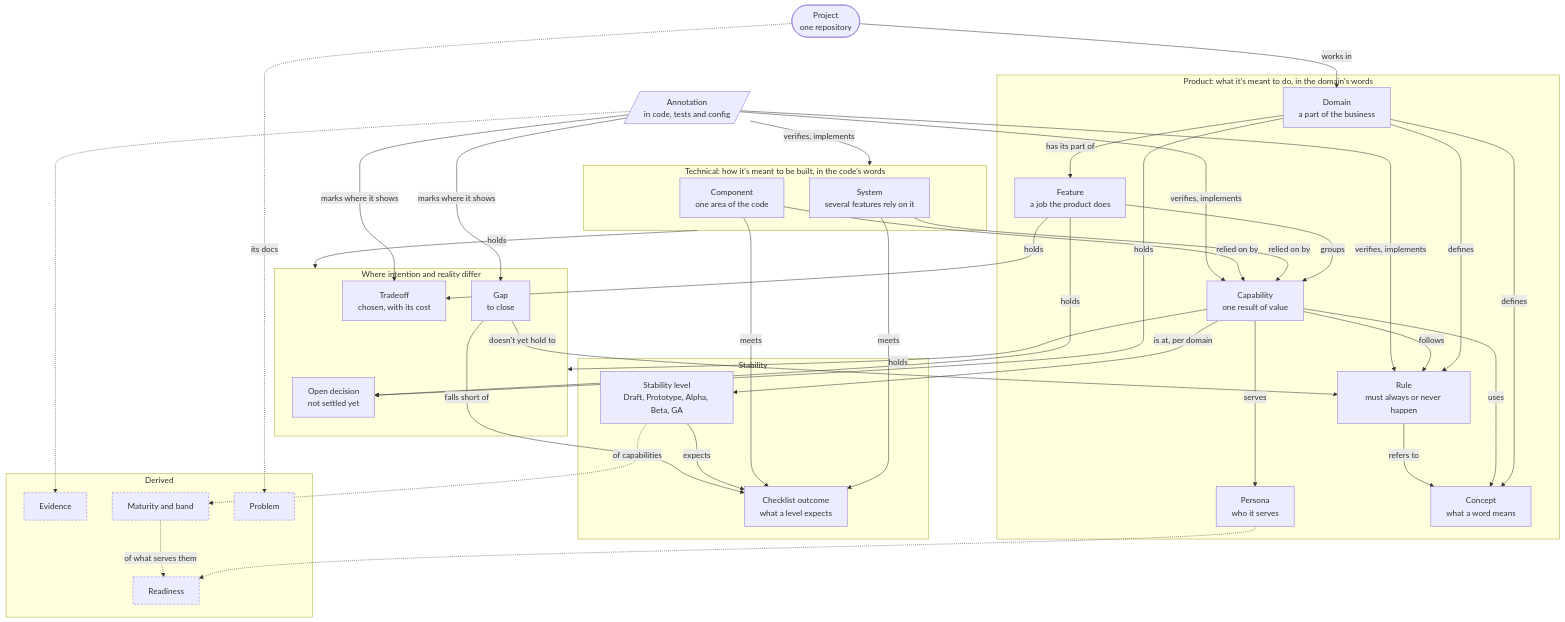
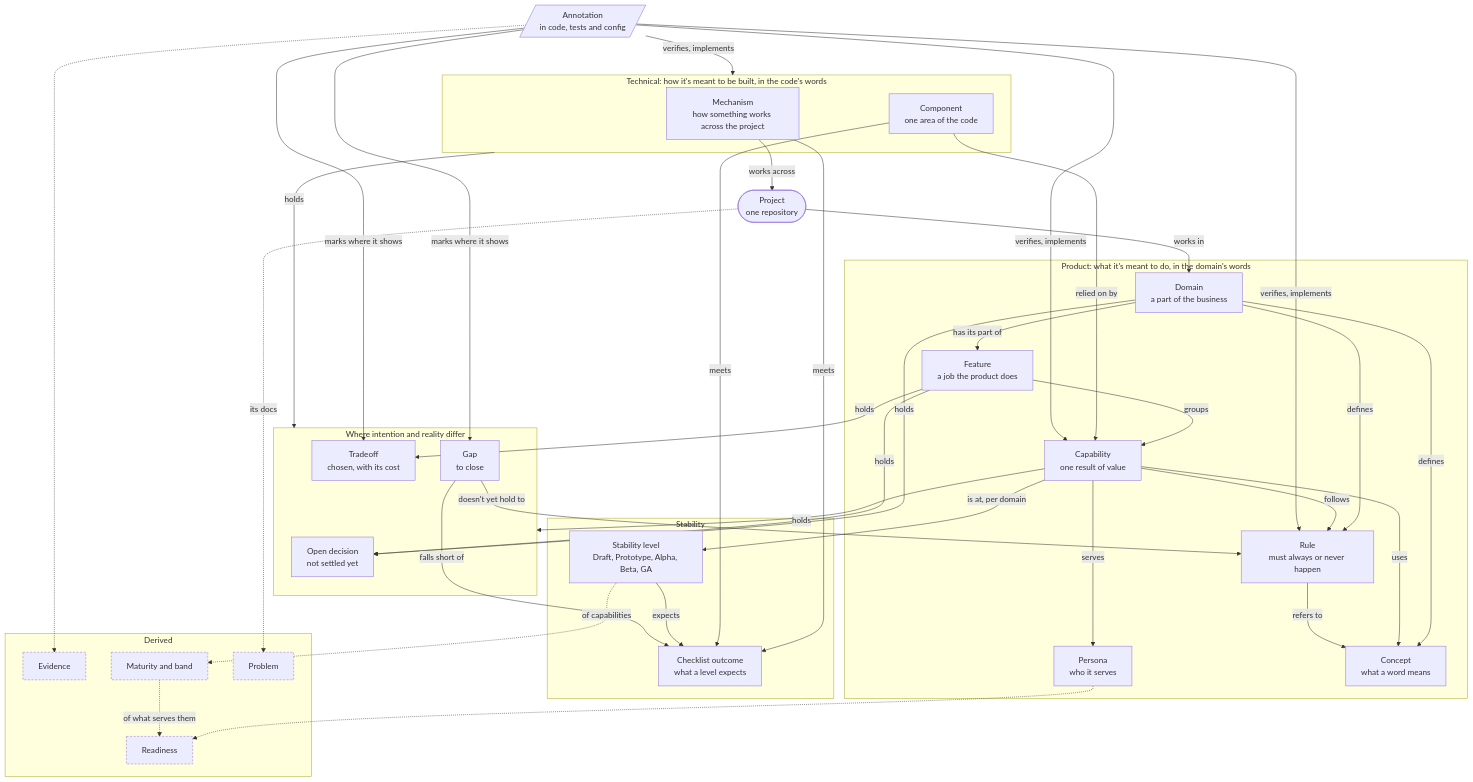
The diagram in docs/domain/overview.md (docqet/docqet), drawn with Mermaid before and after one commit. The commit also changed other lines of this file and 95 other files, not shown here.

````diff
--- a/docs/domain/overview.md
+++ b/docs/domain/overview.md
@@ -62,73 +65,74 @@
 ```mermaid
 flowchart TB
   project(["Project<br/>one repository"])
 
   subgraph product ["Product: what it's meant to do, in the domain's words"]
     domain["Domain<br/>a part of the business"]
     feature["Feature<br/>a job the product does"]
     capability["Capability<br/>one result of value"]
     persona["Persona<br/>who it serves"]
     rule["Rule<br/>must always or never happen"]
     concept["Concept<br/>what a word means"]
   end
 
   subgraph technical ["Technical: how it's meant to be built, in the code's words"]
-    system["System<br/>several features rely on it"]
+    mechanism["Mechanism<br/>how something works across the project"]
     component["Component<br/>one area of the code"]
   end
 
   subgraph differ ["Where intention and reality differ"]
     decision["Open decision<br/>not settled yet"]
     gap["Gap<br/>to close"]
     tradeoff["Tradeoff<br/>chosen, with its cost"]
   end
 
   subgraph stability ["Stability"]
     level["Stability level<br/>Draft, Prototype, Alpha, Beta, GA"]
     outcome["Checklist outcome<br/>what a level expects"]
   end
 
   annotation[/"Annotation<br/>in code, tests and config"/]
 
   subgraph derived ["Derived"]
     evidence["Evidence"]
     maturity["Maturity and band"]
     readiness["Readiness"]
     problem["Problem"]
   end
 
   project -- "works in" --> domain
   domain -- "has its part of" --> feature
   domain -- "defines" --> rule & concept
   feature -- "groups" --> capability
   capability -- "serves" --> persona
   capability -- "follows" --> rule
   capability -- "uses" --> concept
   rule -- "refers to" --> concept
 
-  system & component -- "relied on by" --> capability
-  system & component -- "meets" --> outcome
+  component -- "relied on by" --> capability
+  mechanism -- "works across" --> project
+  mechanism & component -- "meets" --> outcome
 
   capability -- "is at, per domain" --> level
   level -- "expects" --> outcome
 
   domain -- "holds" --> decision
   feature -- "holds" --> decision & tradeoff
   capability -- "holds" --> differ
   technical -- "holds" --> differ
 
   gap -- "falls short of" --> outcome
   gap -- "doesn't yet hold to" --> rule
 
   annotation -- "verifies, implements" --> rule & capability & technical
   annotation -- "marks where it shows" --> gap & tradeoff
 
   annotation -.-> evidence
   level -. "of capabilities" .-> maturity
   persona -.-> readiness
   maturity -. "of what serves them" .-> readiness
   project -. "its docs" .-> problem
 
   classDef derivedNode stroke-dasharray: 4 3
   class evidence,maturity,readiness,problem derivedNode
 ```
````
